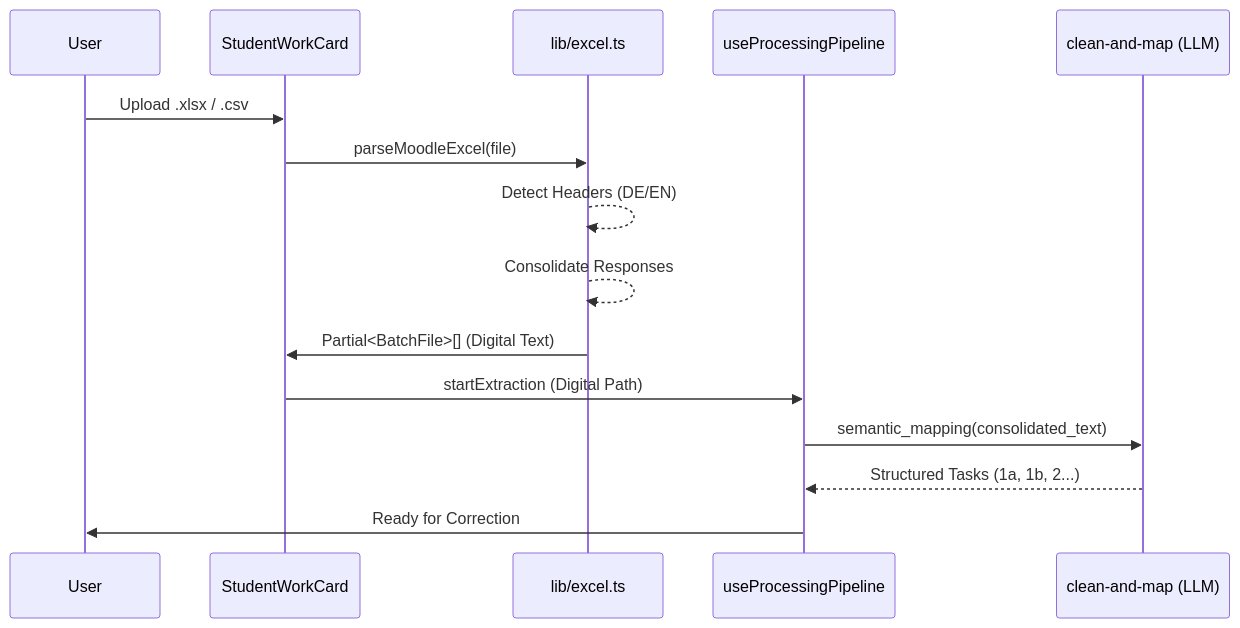
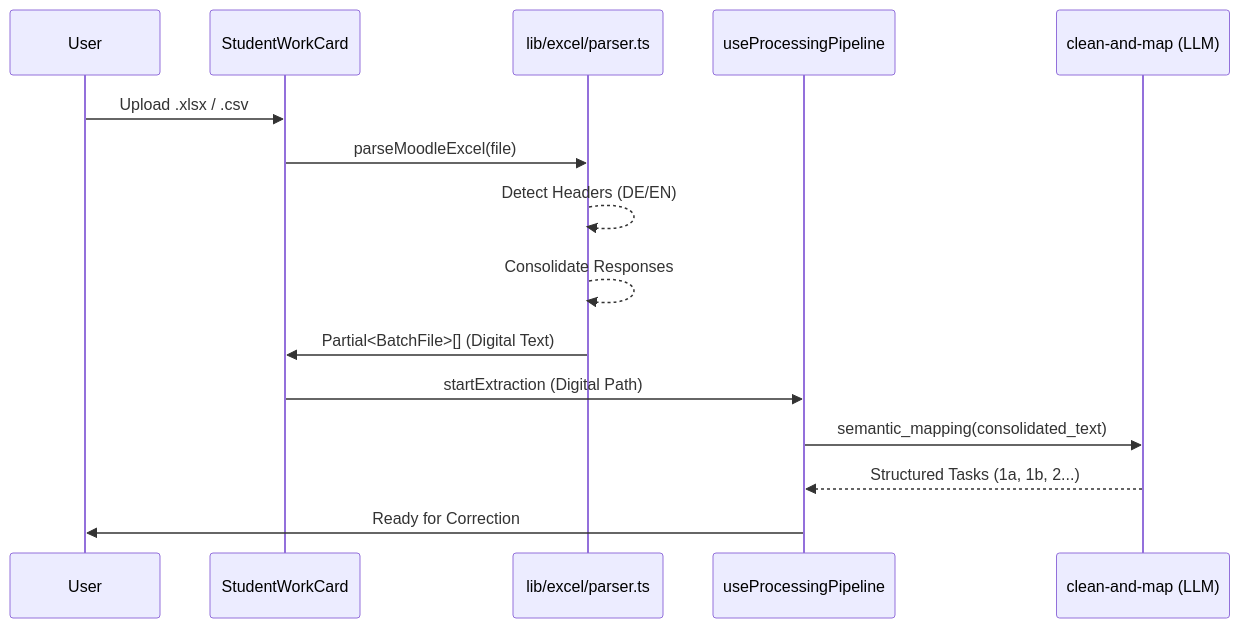
Before and after one commit to koreki-org/koreki: the diagram in docs/technical/moodle-import.md, drawn with Mermaid. The commit also changed other lines of this file and 9 other files, not shown here.

````diff
--- a/docs/technical/moodle-import.md
+++ b/docs/technical/moodle-import.md
@@ -27,18 +30,18 @@
 ```mermaid
 sequenceDiagram
     participant User
     participant StudentWorkCard
-    participant MoodleParser as lib/excel.ts
+    participant MoodleParser as lib/excel/parser.ts
     participant Pipeline as useProcessingPipeline
     participant AI as clean-and-map (LLM)
 
     User->>StudentWorkCard: Upload .xlsx / .csv
     StudentWorkCard->>MoodleParser: parseMoodleExcel(file)
     MoodleParser-->>MoodleParser: Detect Headers (DE/EN)
     MoodleParser-->>MoodleParser: Consolidate Responses
     MoodleParser->>StudentWorkCard: Partial<BatchFile>[] (Digital Text)
     StudentWorkCard->>Pipeline: startExtraction (Digital Path)
     Pipeline->>AI: semantic_mapping(consolidated_text)
     AI-->>Pipeline: Structured Tasks (1a, 1b, 2...)
     Pipeline->>User: Ready for Correction
 ```
````
